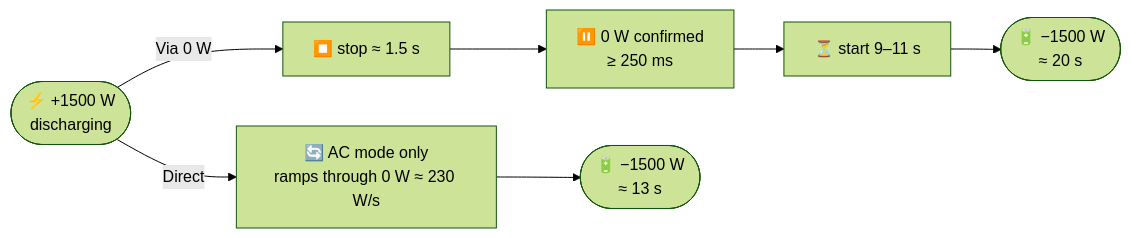
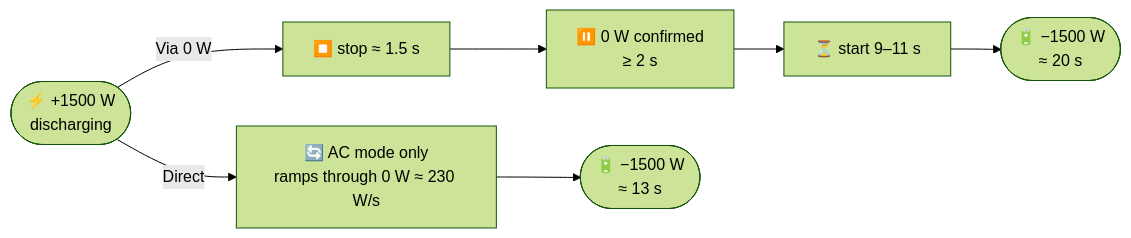
The second of 2 diagrams in README.md (GruttePier013/Zendure-HA), drawn with Mermaid (forest theme) before and after one commit. The commit also changed other lines of this file and 6 other files, not shown here.

````diff
--- a/README.md
+++ b/README.md
@@ -99,5 +98,5 @@
 ```mermaid
 flowchart LR
-    A(["⚡ +1500 W<br/>discharging"]) -- "Via 0 W" --> B["⏹️ stop ≈ 1.5 s"] --> C["⏸️ 0 W confirmed<br/>≥ 250 ms"] --> D["⏳ start 9–11 s"] --> E(["🔋 −1500 W<br/>≈ 20 s"])
+    A(["⚡ +1500 W<br/>discharging"]) -- "Via 0 W" --> B["⏹️ stop ≈ 1.5 s"] --> C["⏸️ 0 W confirmed<br/>≥ 2 s"] --> D["⏳ start 9–11 s"] --> E(["🔋 −1500 W<br/>≈ 20 s"])
     A -- "Direct" --> F["🔄 AC mode only<br/>ramps through 0 W ≈ 230 W/s"] --> G(["🔋 −1500 W<br/>≈ 13 s"])
 ```
````
